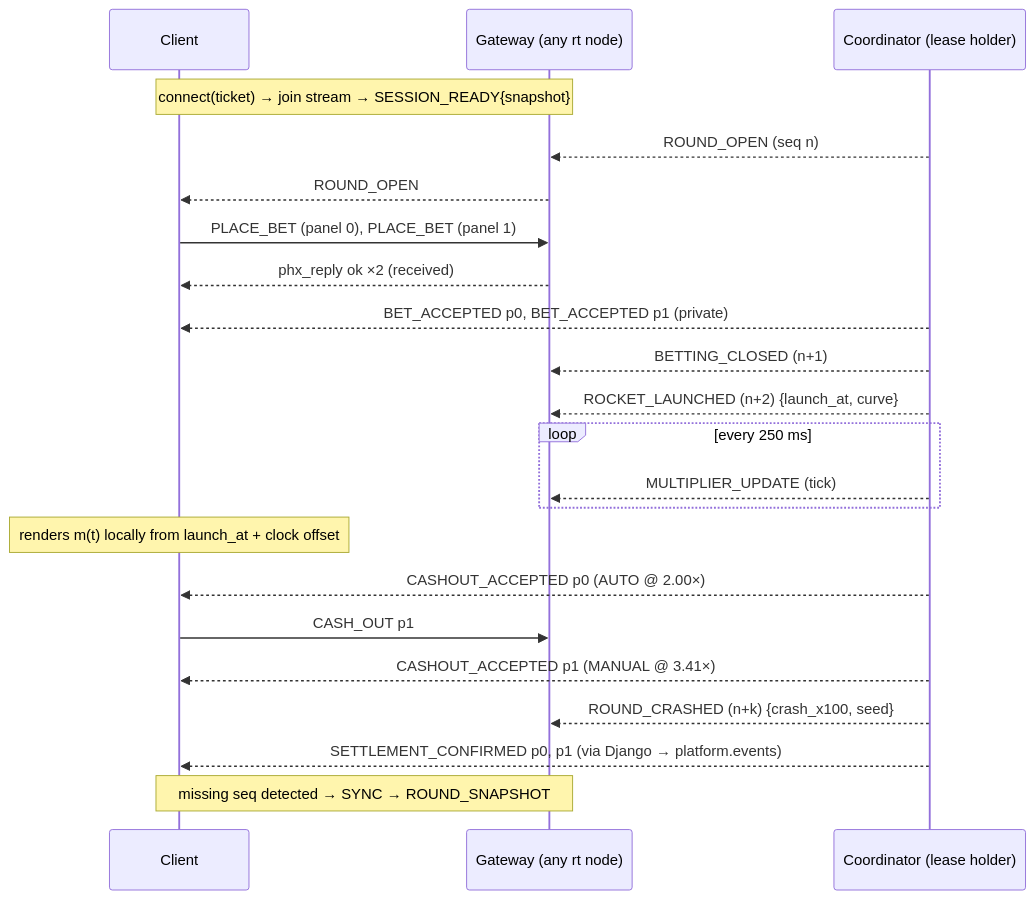
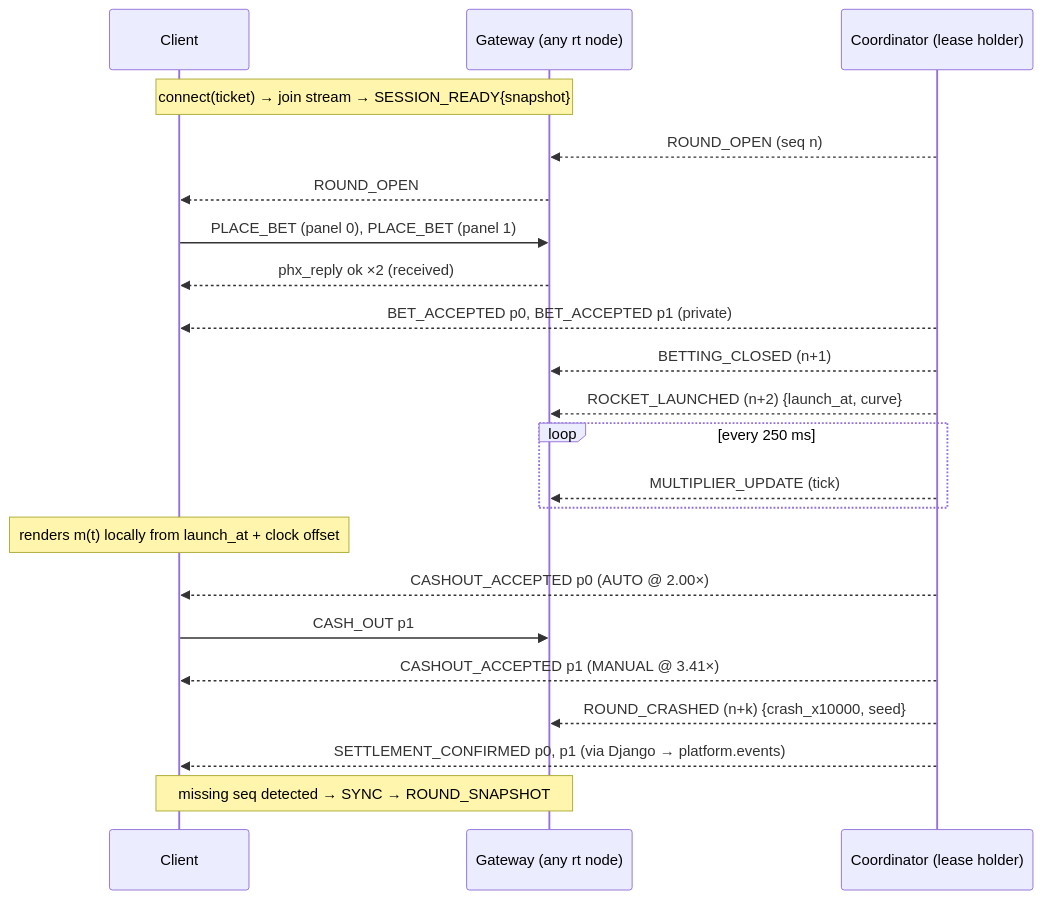
The diagram in docs/architecture/10-websocket-protocol.md (morebnyemba/luxrocket), drawn with Mermaid before and after one commit. The commit also changed other lines of this file and 13 other files, not shown here.

````diff
--- a/docs/architecture/10-websocket-protocol.md
+++ b/docs/architecture/10-websocket-protocol.md
@@ -158,24 +158,24 @@
 ```mermaid
 sequenceDiagram
   participant C as Client
   participant G as Gateway (any rt node)
   participant RC as Coordinator (lease holder)
   Note over C,G: connect(ticket) → join stream → SESSION_READY{snapshot}
   RC-->>G: ROUND_OPEN (seq n)
   G-->>C: ROUND_OPEN
   C->>G: PLACE_BET (panel 0), PLACE_BET (panel 1)
   G-->>C: phx_reply ok ×2 (received)
   RC-->>C: BET_ACCEPTED p0, BET_ACCEPTED p1 (private)
   RC-->>G: BETTING_CLOSED (n+1)
   RC-->>G: ROCKET_LAUNCHED (n+2) {launch_at, curve}
   loop every 250 ms
     RC-->>G: MULTIPLIER_UPDATE (tick)
   end
   Note over C: renders m(t) locally from launch_at + clock offset
   RC-->>C: CASHOUT_ACCEPTED p0 (AUTO @ 2.00×)
   C->>G: CASH_OUT p1
   RC-->>C: CASHOUT_ACCEPTED p1 (MANUAL @ 3.41×)
-  RC-->>G: ROUND_CRASHED (n+k) {crash_x100, seed}
+  RC-->>G: ROUND_CRASHED (n+k) {crash_x10000, seed}
   RC-->>C: SETTLEMENT_CONFIRMED p0, p1 (via Django → platform.events)
   Note over C,G: missing seq detected → SYNC → ROUND_SNAPSHOT
 ```
````
